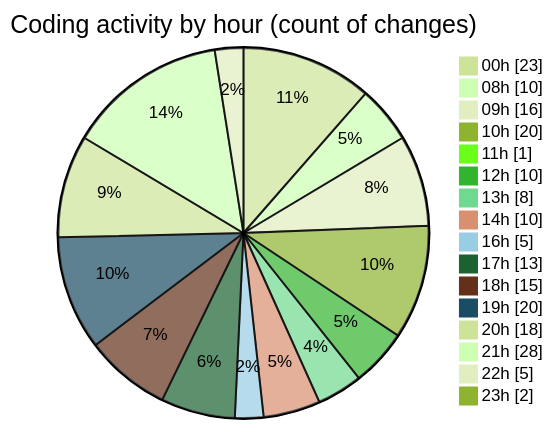
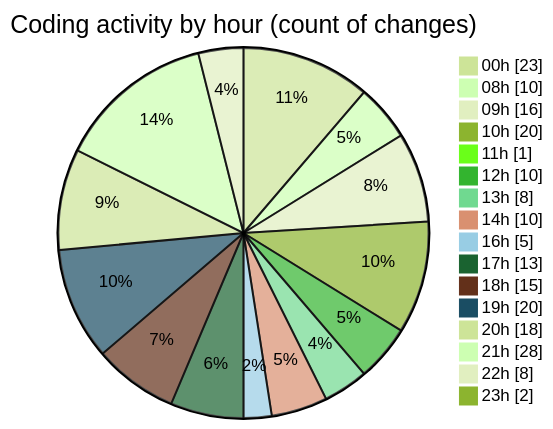
The second of 2 diagrams in 2025-05-29/advertise/README.md (Elitesun/code-tracking), drawn with Mermaid (forest theme) before and after one commit. The commit also changed other lines of this file and 1 other file, not shown here.

````diff
--- a/2025-05-29/advertise/README.md
+++ b/2025-05-29/advertise/README.md
@@ -53,20 +53,20 @@
 ```mermaid
 pie showData
 title Coding activity by hour (count of changes)
 "00h" : 23
 "08h" : 10
 "09h" : 16
 "10h" : 20
 "11h" : 1
 "12h" : 10
 "13h" : 8
 "14h" : 10
 "16h" : 5
 "17h" : 13
 "18h" : 15
 "19h" : 20
 "20h" : 18
 "21h" : 28
-"22h" : 5
+"22h" : 8
 "23h" : 2
 ```
````
